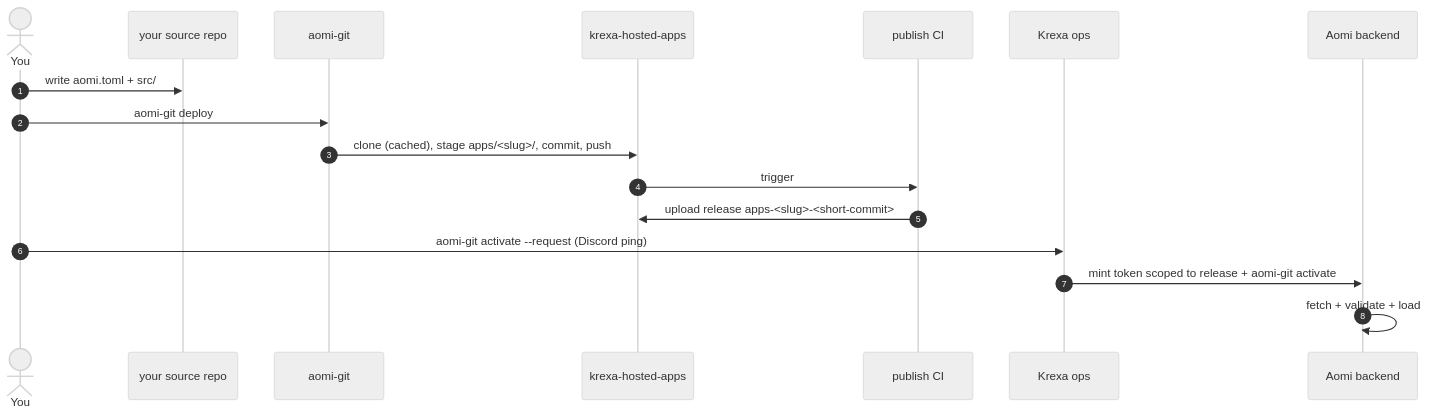
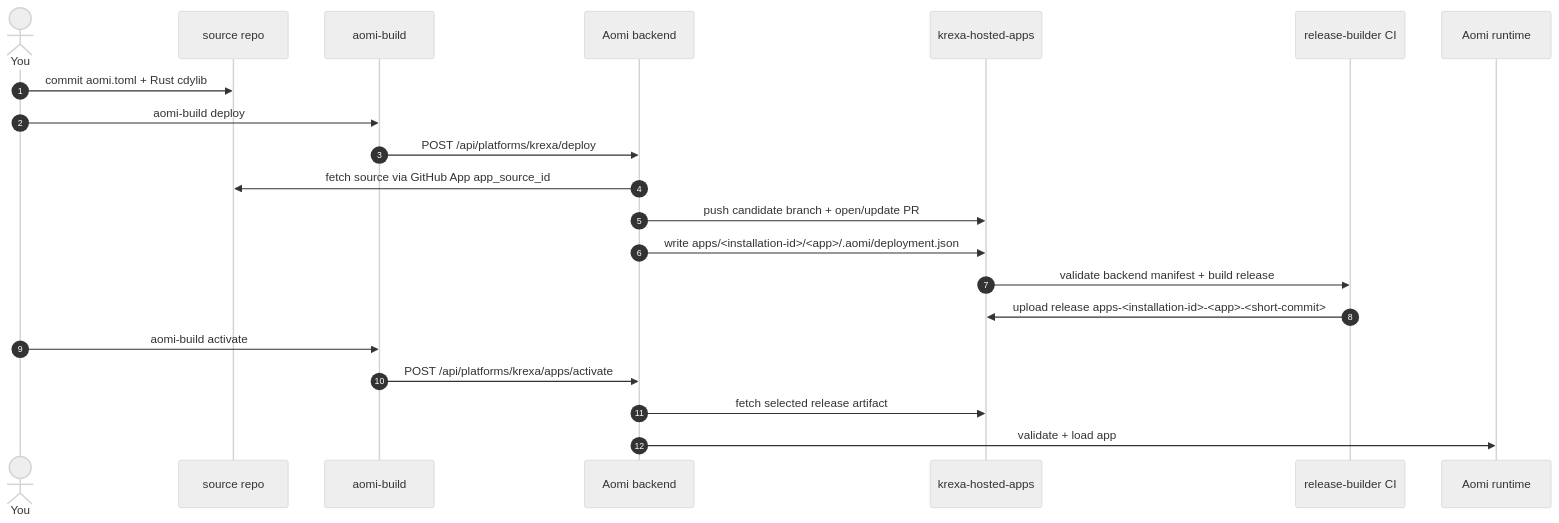
The diagram in CONTRIBUTING.md (aomi-labs/krexa-hosted-apps), drawn with Mermaid (neutral theme) before and after one commit. The commit also changed other lines of this file and 5 other files, not shown here.

First line of the commit message:
chore: bump SDK and document backend-owned hosted app flow (#4)

````diff
--- a/CONTRIBUTING.md
+++ b/CONTRIBUTING.md
@@ -10,20 +27,24 @@
 ```mermaid
 sequenceDiagram
     autonumber
     actor You
-    participant Src as your source repo
-    participant CLI as aomi-git
+    participant Src as source repo
+    participant CLI as aomi-build
+    participant BE as Aomi backend
     participant Repo as krexa-hosted-apps
-    participant CI as publish CI
-    participant Ops as Krexa ops
-    participant BE as Aomi backend
+    participant CI as release-builder CI
+    participant RT as Aomi runtime
 
-    You->>Src: write aomi.toml + src/
-    You->>CLI: aomi-git deploy
-    CLI->>Repo: clone (cached), stage apps/<slug>/, commit, push
-    Repo->>CI: trigger
-    CI->>Repo: upload release apps-<slug>-<short-commit>
-    You->>Ops: aomi-git activate --request (Discord ping)
-    Ops->>BE: mint token scoped to release + aomi-git activate
-    BE->>BE: fetch + validate + load
+    You->>Src: commit aomi.toml + Rust cdylib
+    You->>CLI: aomi-build deploy
+    CLI->>BE: POST /api/platforms/krexa/deploy
+    BE->>Src: fetch source via GitHub App app_source_id
+    BE->>Repo: push candidate branch + open/update PR
+    BE->>Repo: write apps/<installation-id>/<app>/.aomi/deployment.json
+    Repo->>CI: validate backend manifest + build release
+    CI->>Repo: upload release apps-<installation-id>-<app>-<short-commit>
+    You->>CLI: aomi-build activate
+    CLI->>BE: POST /api/platforms/krexa/apps/activate
+    BE->>Repo: fetch selected release artifact
+    BE->>RT: validate + load app
 ```
````
